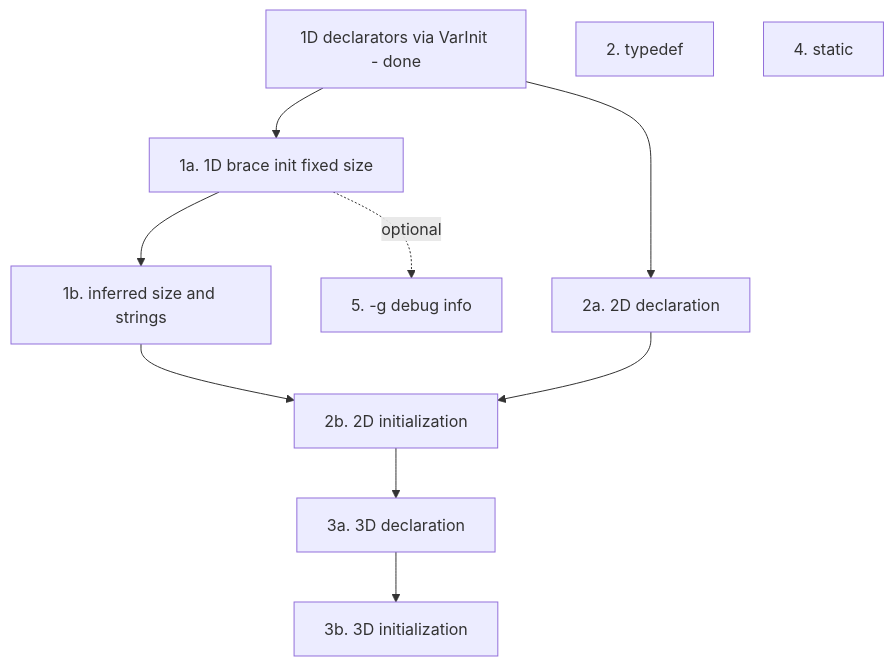
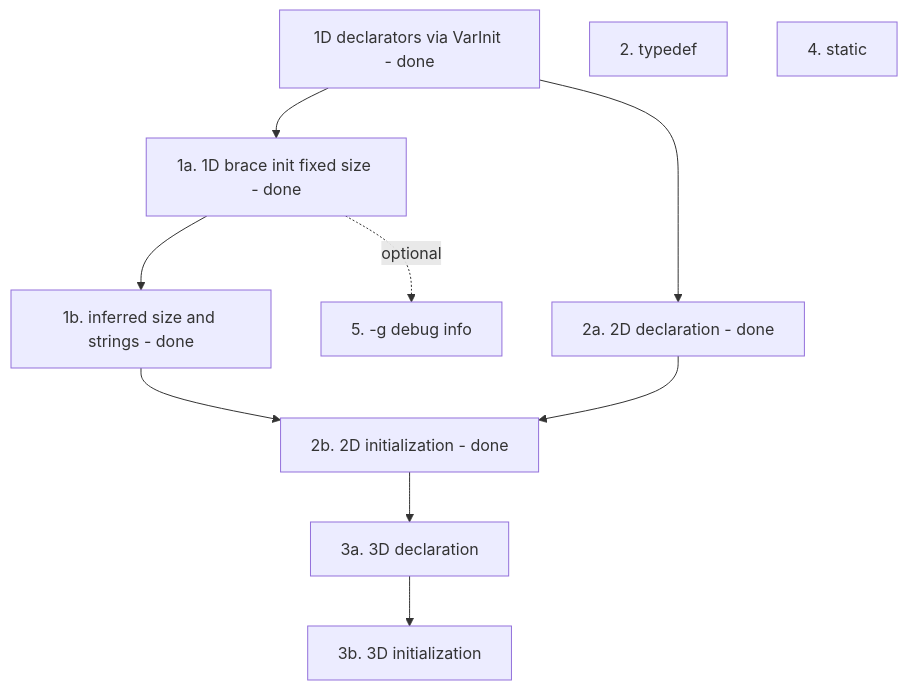
Before and after one commit to yanghuafang/lcc: the diagram in docs/FrontendNotes.md, drawn with Mermaid. The commit also changed other lines of this file and 44 other files, not shown here.

````diff
--- a/docs/FrontendNotes.md
+++ b/docs/FrontendNotes.md
@@ -43,23 +46,23 @@
 ```mermaid
 flowchart TD
   done[1D declarators via VarInit - done]
-  init1a[1a. 1D brace init fixed size]
-  init1b[1b. inferred size and strings]
+  init1a[1a. 1D brace init fixed size - done]
+  init1b[1b. inferred size and strings - done]
   typedef[2. typedef]
-  md2a[2a. 2D declaration]
-  md2b[2b. 2D initialization]
+  md2a[2a. 2D declaration - done]
+  md2b[2b. 2D initialization - done]
   md3a[3a. 3D declaration]
   md3b[3b. 3D initialization]
   stat[4. static]
   dbg[5. -g debug info]
 
   done --> init1a --> init1b
   init1b --> md2b
   done --> md2a --> md2b
   md2b --> md3a --> md3b
   typedef
   stat
   dbg
 
   init1a -.->|optional| dbg
 ```
````
